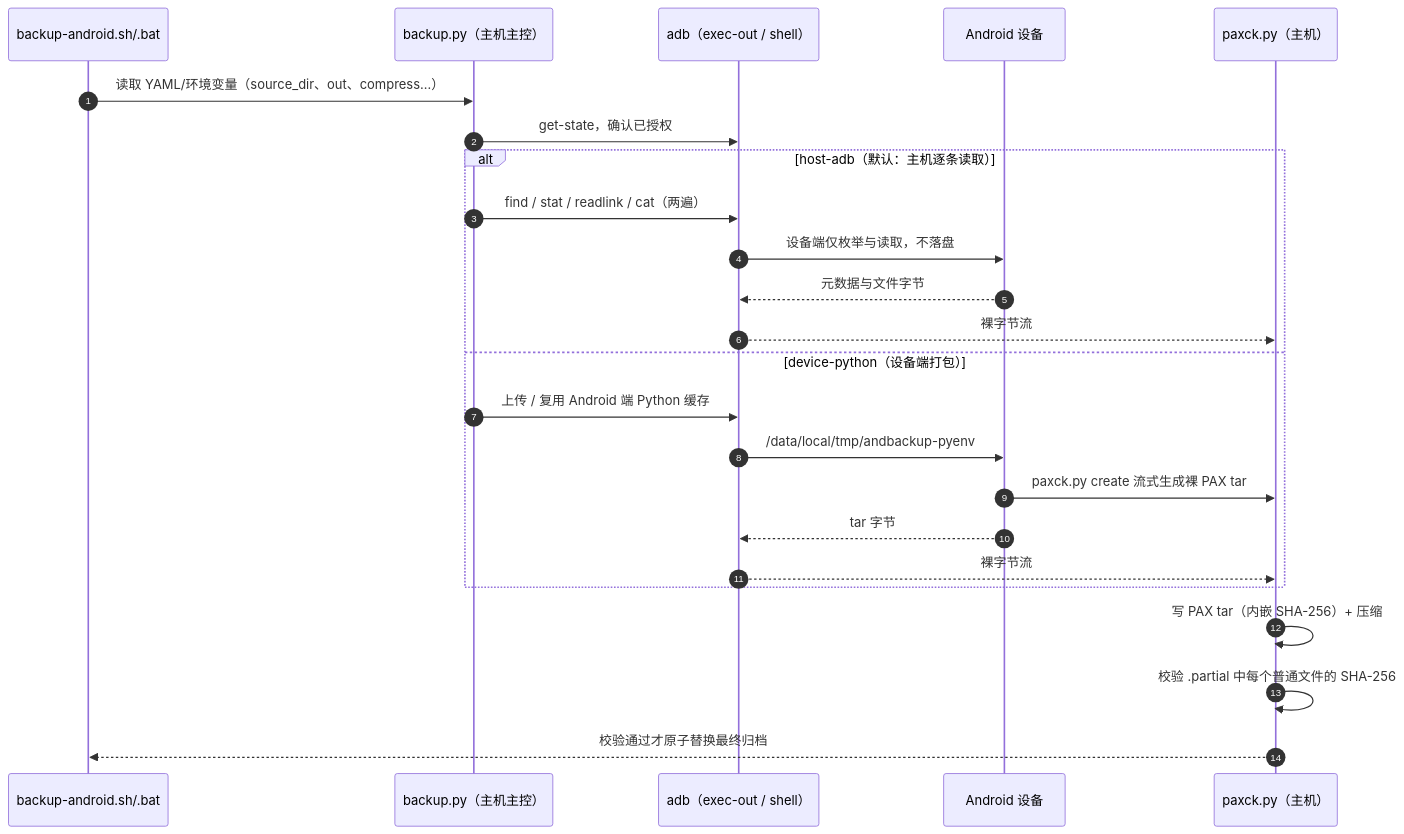
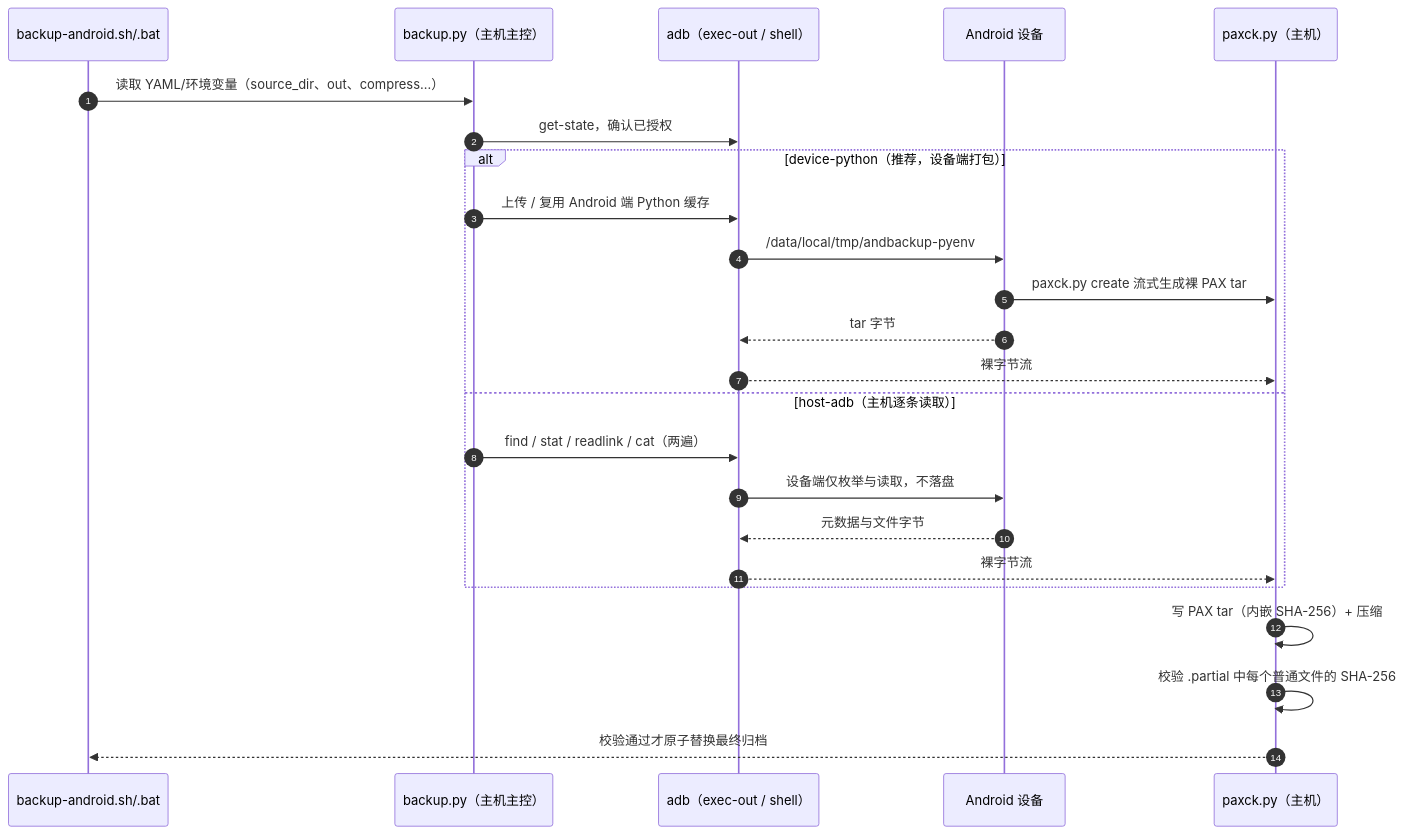
One commit to What410802/AndBackup changed the diagram in README.md. Above: the diagram before and after it, drawn with Mermaid. The commit also changed other lines of this file and 4 other files, not shown here.

Commit message:
docs: default example to device-python+auto-download and document CLI stream contract

````diff
--- a/README.md
+++ b/README.md
@@ -22,26 +23,26 @@
 ```mermaid
 sequenceDiagram
     autonumber
     participant W as backup-android.sh/.bat
     participant B as backup.py（主机主控）
     participant A as adb（exec-out / shell）
     participant D as Android 设备
     participant P as paxck.py（主机）
     W->>B: 读取 YAML/环境变量（source_dir、out、compress…）
     B->>A: get-state，确认已授权
-    alt host-adb（默认：主机逐条读取）
-        B->>A: find / stat / readlink / cat（两遍）
-        A->>D: 设备端仅枚举与读取，不落盘
-        D-->>A: 元数据与文件字节
-        A-->>P: 裸字节流
-    else device-python（设备端打包）
+    alt device-python（推荐，设备端打包）
         B->>A: 上传 / 复用 Android 端 Python 缓存
         A->>D: /data/local/tmp/andbackup-pyenv
         D->>P: paxck.py create 流式生成裸 PAX tar
         D-->>A: tar 字节
+        A-->>P: 裸字节流
+    else host-adb（主机逐条读取）
+        B->>A: find / stat / readlink / cat（两遍）
+        A->>D: 设备端仅枚举与读取，不落盘
+        D-->>A: 元数据与文件字节
         A-->>P: 裸字节流
     end
     P->>P: 写 PAX tar（内嵌 SHA-256）+ 压缩
     P->>P: 校验 .partial 中每个普通文件的 SHA-256
     P-->>W: 校验通过才原子替换最终归档
 ```
````
